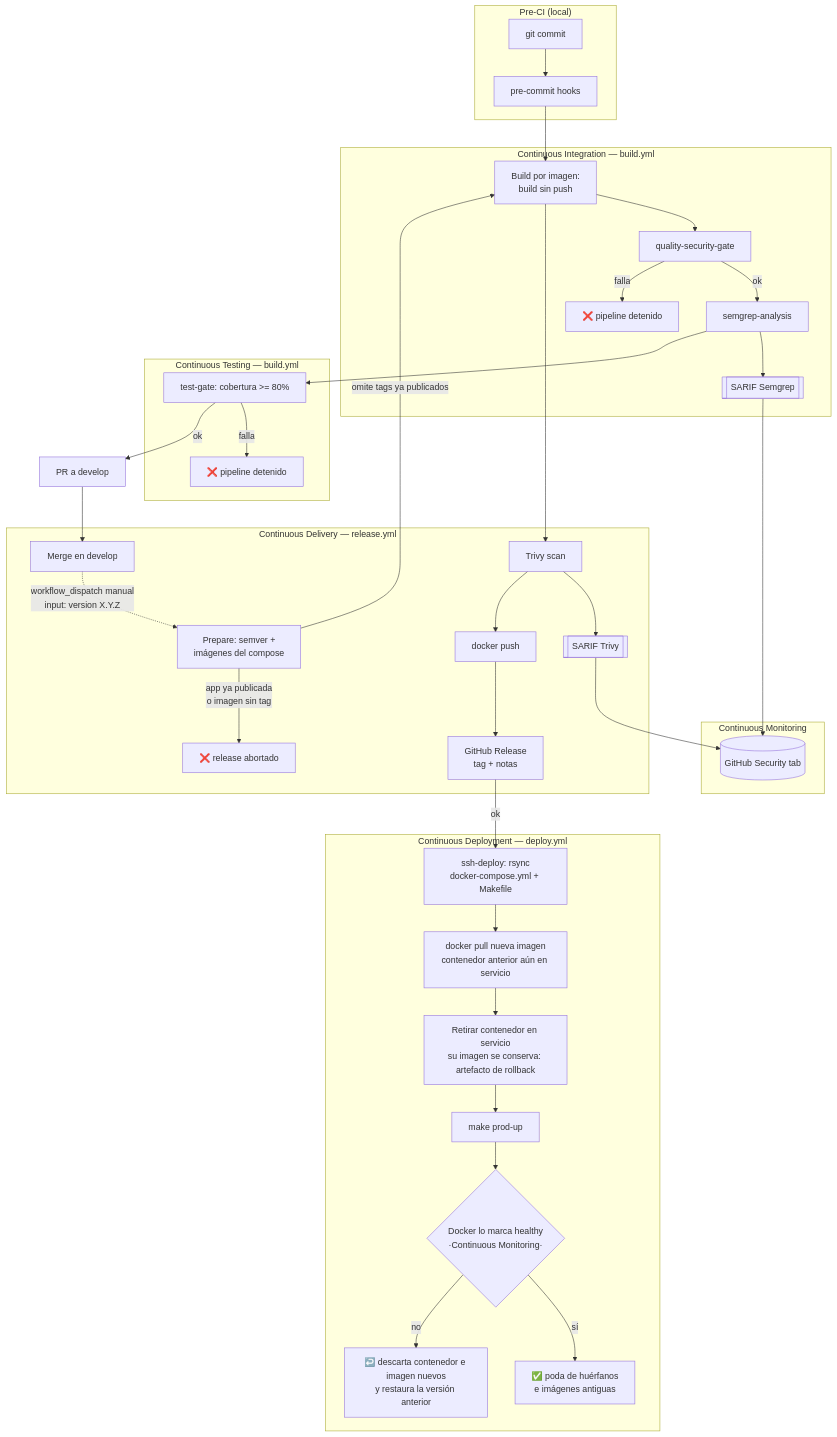
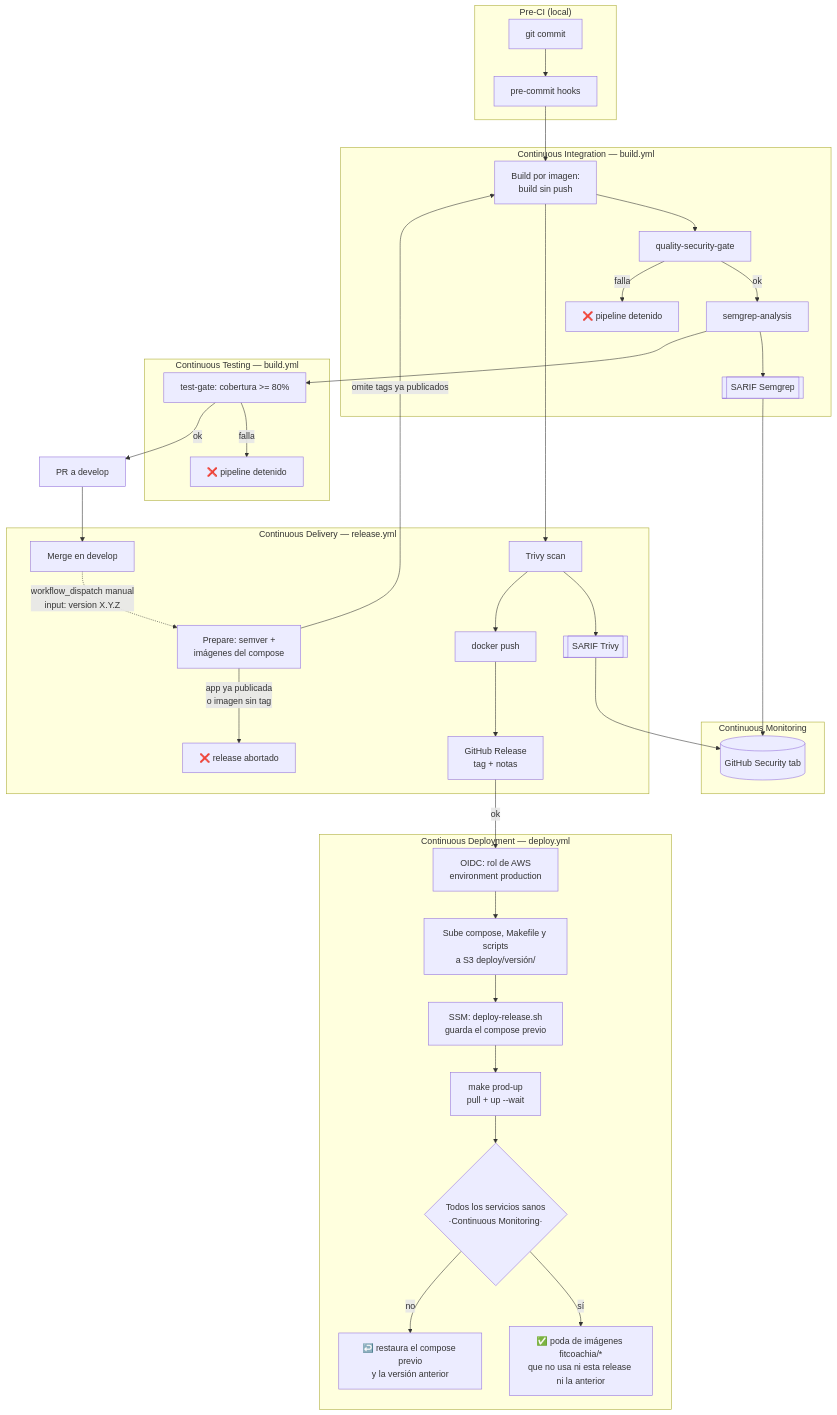
The first of 3 diagrams in docs/ci-cd.md (SorianoTech/FitCoachIA), drawn with Mermaid before and after one commit. The commit also changed other lines of this file and 6 other files, not shown here.

First line of the commit message:
feat(ci): deploy.yml despliega por SSM con rol OIDC, sin SSH ni sudo

````diff
--- a/docs/ci-cd.md
+++ b/docs/ci-cd.md
@@ -161,48 +182,48 @@
 ```mermaid
 flowchart TD
     subgraph LOCAL["Pre-CI (local)"]
         A[git commit] --> A1[pre-commit hooks]
     end
 
     A1 --> B[push a feature/** · feat/** · fix/** · bugfix/**]
 
     subgraph CI["Continuous Integration — build.yml"]
         B --> C[quality-security-gate]
         C -->|ok| D[semgrep-analysis]
         C -->|falla| X1[❌ pipeline detenido]
         D --> D1[[SARIF Semgrep]]
     end
 
     subgraph CT["Continuous Testing — build.yml"]
         D --> E[test-gate: cobertura >= 80%]
         E -->|falla| X2[❌ pipeline detenido]
     end
 
     E -->|ok| F[PR a develop] --> G[Merge en develop]
 
     subgraph CD1["Continuous Delivery — release.yml"]
         G -.->|workflow_dispatch manual\ninput: version X.Y.Z| H[Prepare: semver +\nimágenes del compose]
         H -->|app ya publicada\no imagen sin tag| X3[❌ release abortado]
         H -->|omite tags ya publicados| B[Build por imagen:\nbuild sin push]
         B --> H1[Trivy scan]
         H1 --> H2[[SARIF Trivy]]
         H1 --> H3[docker push]
         H3 --> H4[GitHub Release\ntag + notas]
     end
 
     subgraph MON["Continuous Monitoring"]
         SEC[(GitHub Security tab)]
         D1 --> SEC
         H2 --> SEC
     end
 
     subgraph CD2["Continuous Deployment — deploy.yml"]
-        H4 -->|ok| I[ssh-deploy: rsync\ndocker-compose.yml + Makefile]
-        I --> J[docker pull nueva imagen\ncontenedor anterior aún en servicio]
-        J --> J1[Retirar contenedor en servicio\nsu imagen se conserva: artefacto de rollback]
-        J1 --> K[make prod-up]
-        K --> L{Docker lo marca healthy\n·Continuous Monitoring·}
-        L -->|sí| M[✅ poda de huérfanos\ne imágenes antiguas]
-        L -->|no| N[↩️ descarta contenedor e imagen nuevos\ny restaura la versión anterior]
+        H4 -->|ok| I[OIDC: rol de AWS\nenvironment production]
+        I --> I1[Sube compose, Makefile y scripts\na S3 deploy/versión/]
+        I1 --> J[SSM: deploy-release.sh\nguarda el compose previo]
+        J --> K[make prod-up\npull + up --wait]
+        K --> L{Todos los servicios sanos\n·Continuous Monitoring·}
+        L -->|sí| M[✅ poda de imágenes fitcoachia/*\nque no usa ni esta release ni la anterior]
+        L -->|no| N[↩️ restaura el compose previo\ny la versión anterior]
     end
 ```
````
